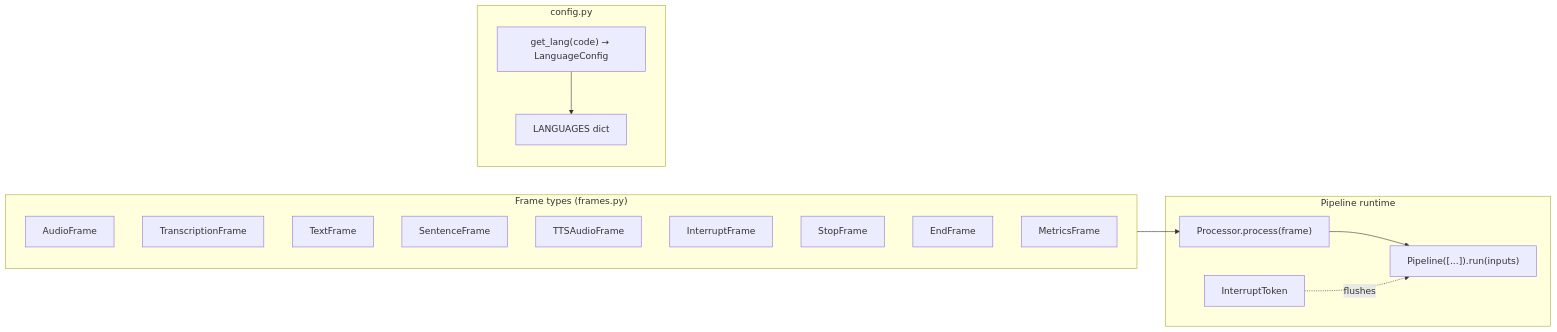
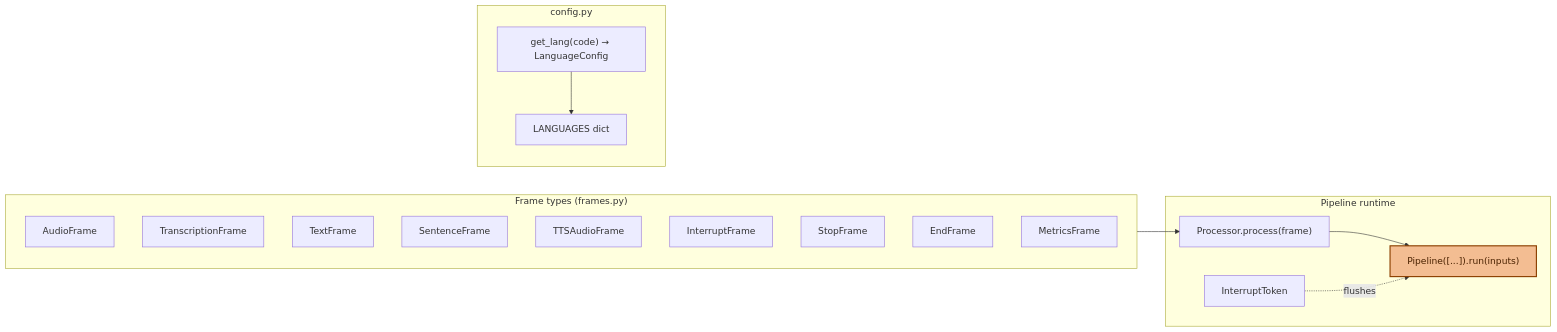
One commit to vietanhdev/edgevox changed the fifth of 10 diagrams in docs/documentation/components.md. Above: the diagram before and after it, drawn with Mermaid. The commit also changed other lines of this file and 10 other files, not shown here.

````diff
--- a/docs/documentation/components.md
+++ b/docs/documentation/components.md
@@ -137,29 +145,31 @@
 ```mermaid
 flowchart LR
     subgraph Frames["Frame types (frames.py)"]
         AF[AudioFrame]
         TF[TranscriptionFrame]
         TX[TextFrame]
         SF[SentenceFrame]
         TT[TTSAudioFrame]
         IF[InterruptFrame]
         SP[StopFrame]
         EF[EndFrame]
         MF[MetricsFrame]
     end
 
     subgraph PipelineRuntime["Pipeline runtime"]
         PROC["Processor.process(frame)"]
         PIPE["Pipeline([...]).run(inputs)"]
         INT["InterruptToken"]
     end
 
     subgraph Config["config.py"]
         LANG["LANGUAGES dict"]
         GET["get_lang(code) → LanguageConfig"]
     end
 
     Frames --> PROC --> PIPE
     INT -.->|flushes| PIPE
     GET --> LANG
+    classDef focal fill:#f3bd92,stroke:#8c4000,color:#4a2200,stroke-width:2px
+    class PIPE focal
 ```
````
